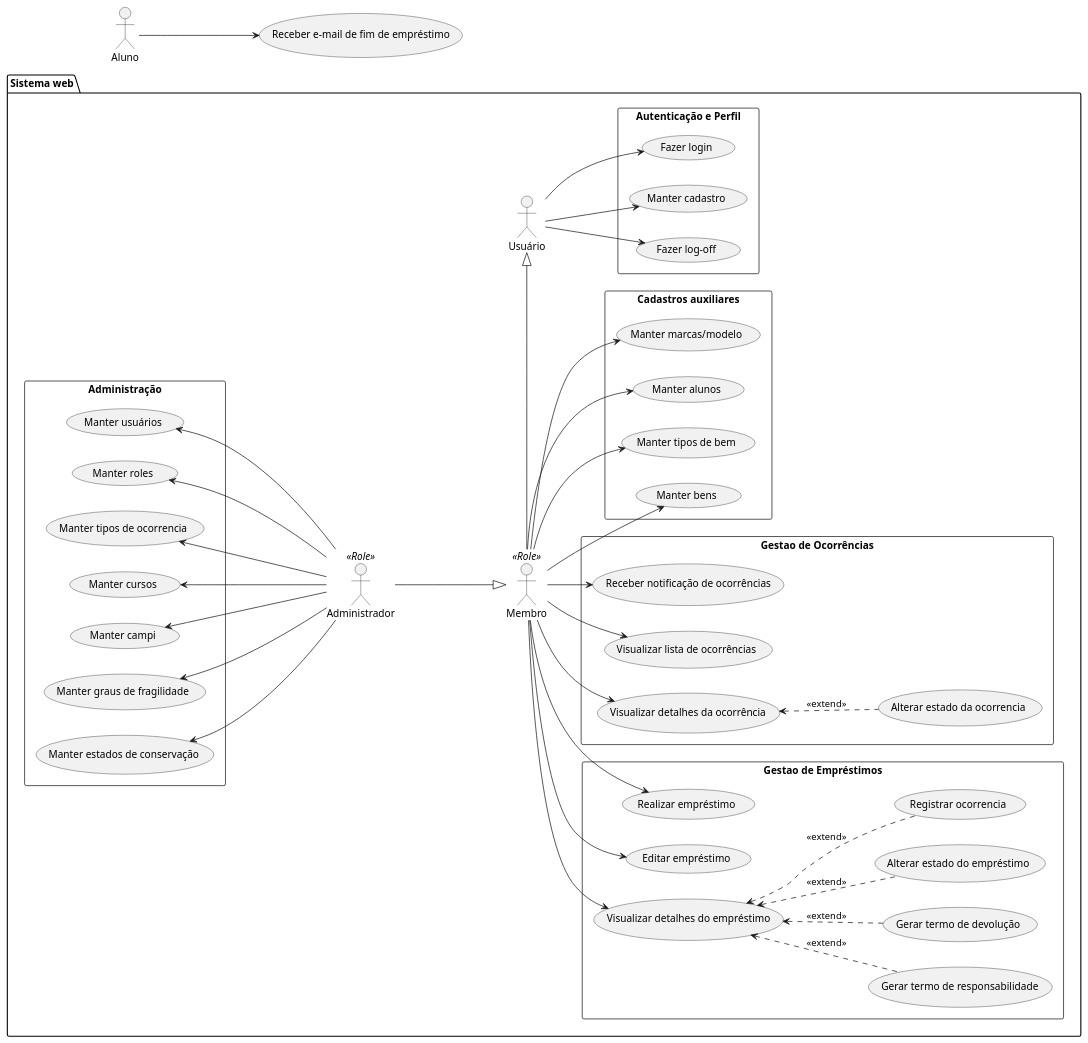
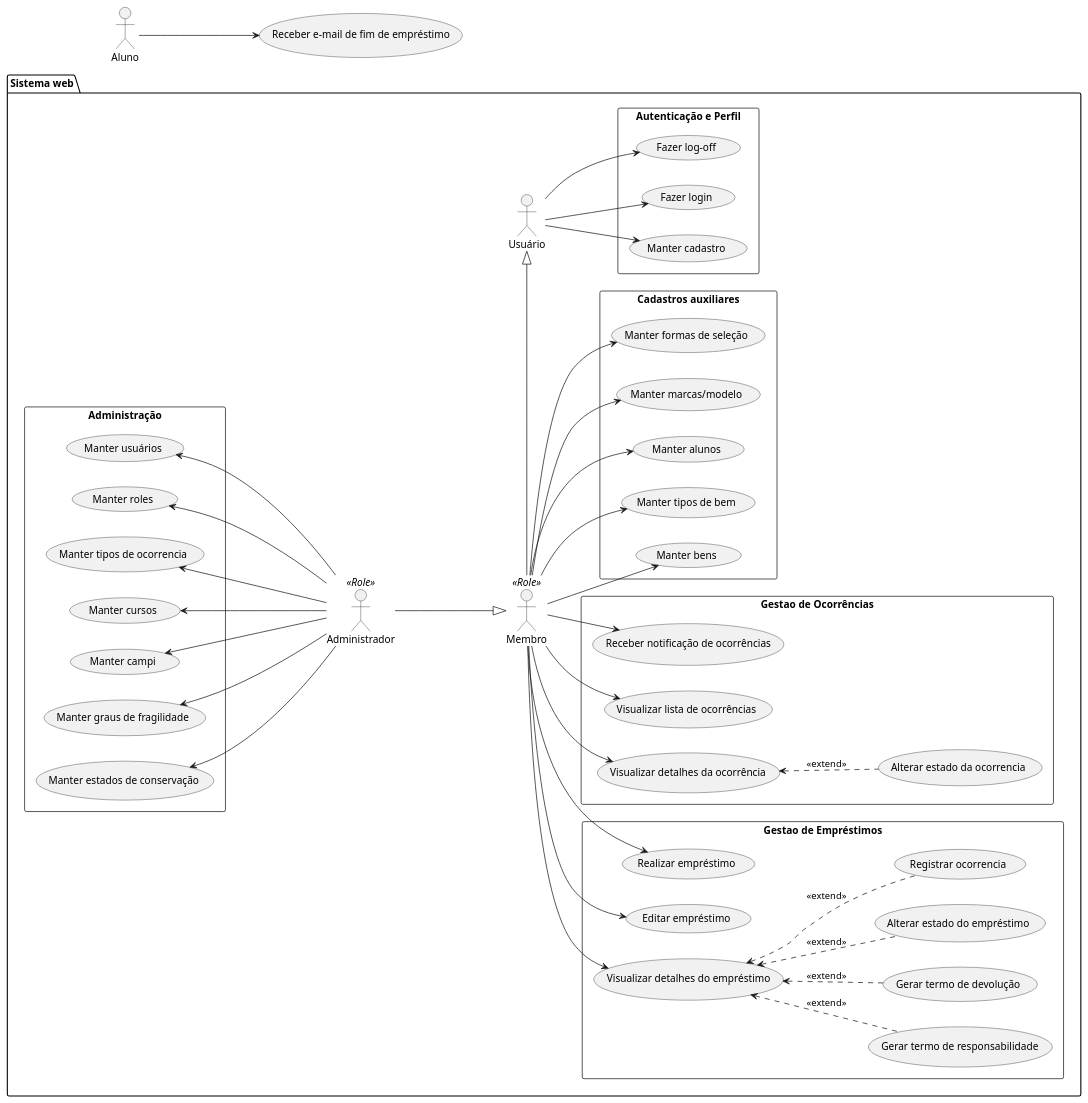
One commit to kavvata/sigemp changed the diagram in plant-uml/usecases.puml. Above: the diagram before and after it, drawn with PlantUML.

Commit message:
docs(usecase): adicionado formas de seleção ao diagrama de casos de uso

```diff
--- a/plant-uml/usecases.puml
+++ b/plant-uml/usecases.puml
@@ -1,60 +1,61 @@
 @startuml usecases
   left to right direction
 
   package "Sistema web" {
     :Usuário: as user
     :Membro: as membro <<Role>>
     :Administrador: as admin <<Role>>
 
     /' Usuário '/
     rectangle "Autenticação e Perfil" {
         user -r-> (Fazer login)
         user --> (Fazer log-off)
         user --> (Manter cadastro)
     }
 
     /' Membro '/
     membro -r-|> user
     rectangle "Gestao de Empréstimos" {
         "Visualizar detalhes do empréstimo" as (empdetail)
         membro --> empdetail
         membro --> (Editar empréstimo)
         membro --> (Realizar empréstimo)
         empdetail <.. (Gerar termo de responsabilidade) : <<extend>>
         empdetail <.. (Gerar termo de devolução) : <<extend>>
         empdetail <.. (Alterar estado do empréstimo) : <<extend>>
         empdetail <.. (Registrar ocorrencia) : <<extend>>
     }
 
     rectangle "Gestao de Ocorrências" {
         "Visualizar detalhes da ocorrência" as (occdetail)
         membro --> (Visualizar lista de ocorrências)
         membro --> occdetail
         membro --> (Receber notificação de ocorrências)
         occdetail <.. (Alterar estado da ocorrencia) : <<extend>>
     }
 
     rectangle "Cadastros auxiliares" {
         membro --> (Manter bens)
         membro --> (Manter tipos de bem)
         membro --> (Manter alunos)
         membro --> (Manter marcas/modelo)
+        membro --> (Manter formas de seleção)
     }
 
 
     /' Administrador '/
     rectangle "Administração" {
         admin -d-|> membro
         admin -u-> (Manter usuários)
         admin -u-> (Manter roles)
         admin -u-> (Manter tipos de ocorrencia)
         admin -u-> (Manter cursos)
         admin -u-> (Manter campi)
         admin -u-> (Manter graus de fragilidade)
         admin -u-> (Manter estados de conservação)
     }
   }
 
   :Aluno: as aluno
   aluno --> (Receber e-mail de fim de empréstimo)
 @enduml
```
